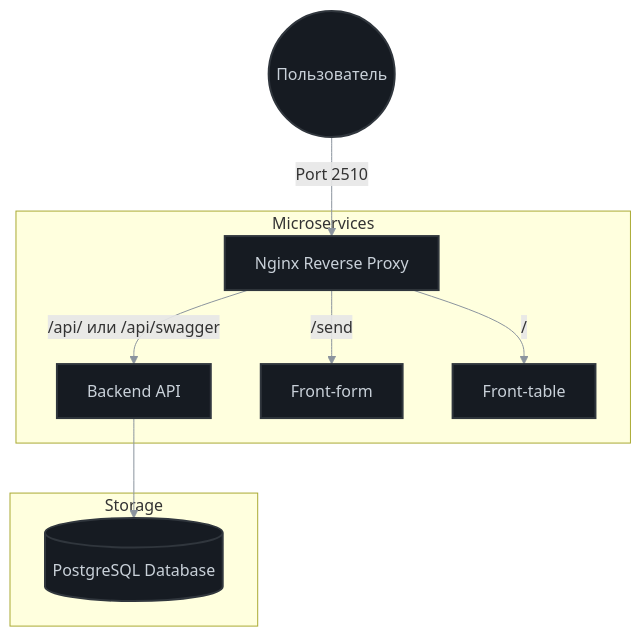
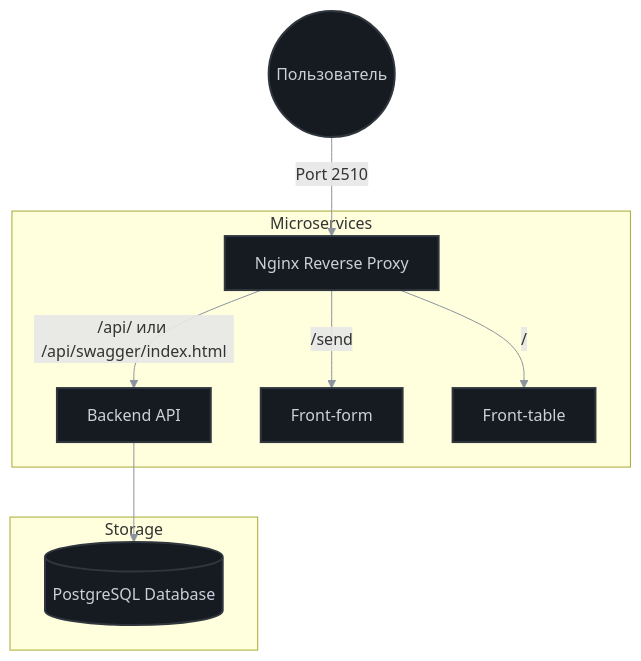
One commit to ddanyo/feedback-platform changed the diagram in README.md. Above: the diagram before and after it, drawn with Mermaid. The commit also changed other lines of this file, not shown here.

Commit message:
Update backend-go: add swagger documentation

````diff
--- a/README.md
+++ b/README.md
@@ -44,33 +44,33 @@
 ```mermaid
 flowchart TD
     %% Узлы
     User((Пользователь))
     Gateway[Nginx Reverse Proxy]
     BE[Backend API]
     FF[Front-form]
     FT[Front-table]
     DB[(PostgreSQL Database)]
 
     %% Структура (Подграфы)
     subgraph MS ["Microservices"]
-        Gateway -- "/api/ или /api/swagger" --> BE
+        Gateway -- "/api/ или /api/swagger/index.html" --> BE
         Gateway -- "/send" --> FF
         Gateway -- "/" --> FT
     end
 
     subgraph ST ["Storage"]
         BE --> DB
     end
 
     %% Внешняя связь
     User -- "Port 2510" --> Gateway
 
     %% Единый класс для всех элементов системы
     classDef system fill:#161b22,stroke:#30363d,stroke-width:2px,color:#c9d1d9
 
     %% Применяем класс ко всем узлам
     class User,Gateway,BE,FF,FT,DB system
 
     %% Стиль стрелок (более тонкие и светлые)
     linkStyle default stroke:#8b949e,stroke-width:1px
 ```
````
